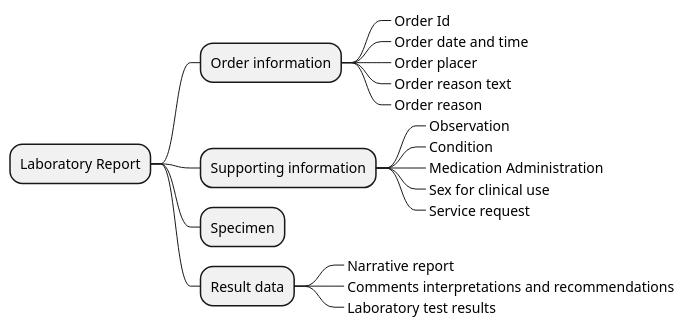
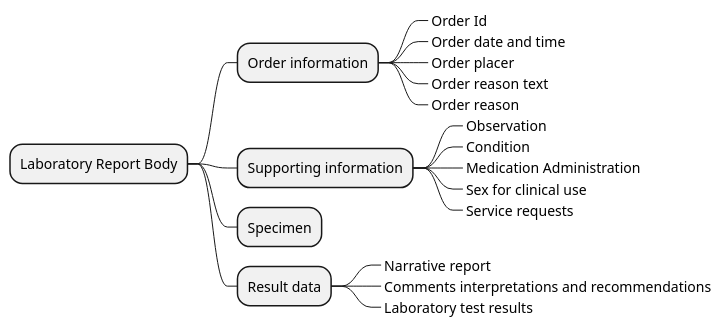
One commit to Xt-EHR/xt-ehr-common changed the diagram in input/images-source/labReportBody_CIM.plantuml. Above: the diagram before and after it, drawn with PlantUML.

```diff
--- a/input/images-source/labReportBody_CIM.plantuml
+++ b/input/images-source/labReportBody_CIM.plantuml
@@ -1,20 +1,20 @@
 @startmindmap
-* Laboratory Report
+* Laboratory Report Body
 ** Order information
 ***_ Order Id
 ***_ Order date and time
 ***_ Order placer
 ***_ Order reason text
 ***_ Order reason
 ** Supporting information
 ***_ Observation
 ***_ Condition
 ***_ Medication Administration
 ***_ Sex for clinical use
-***_ Service request
+***_ Service requests
 ** Specimen
 ** Result data
 ***_ Narrative report
 ***_ Comments interpretations and recommendations
 ***_ Laboratory test results
 @endmindmap
```
